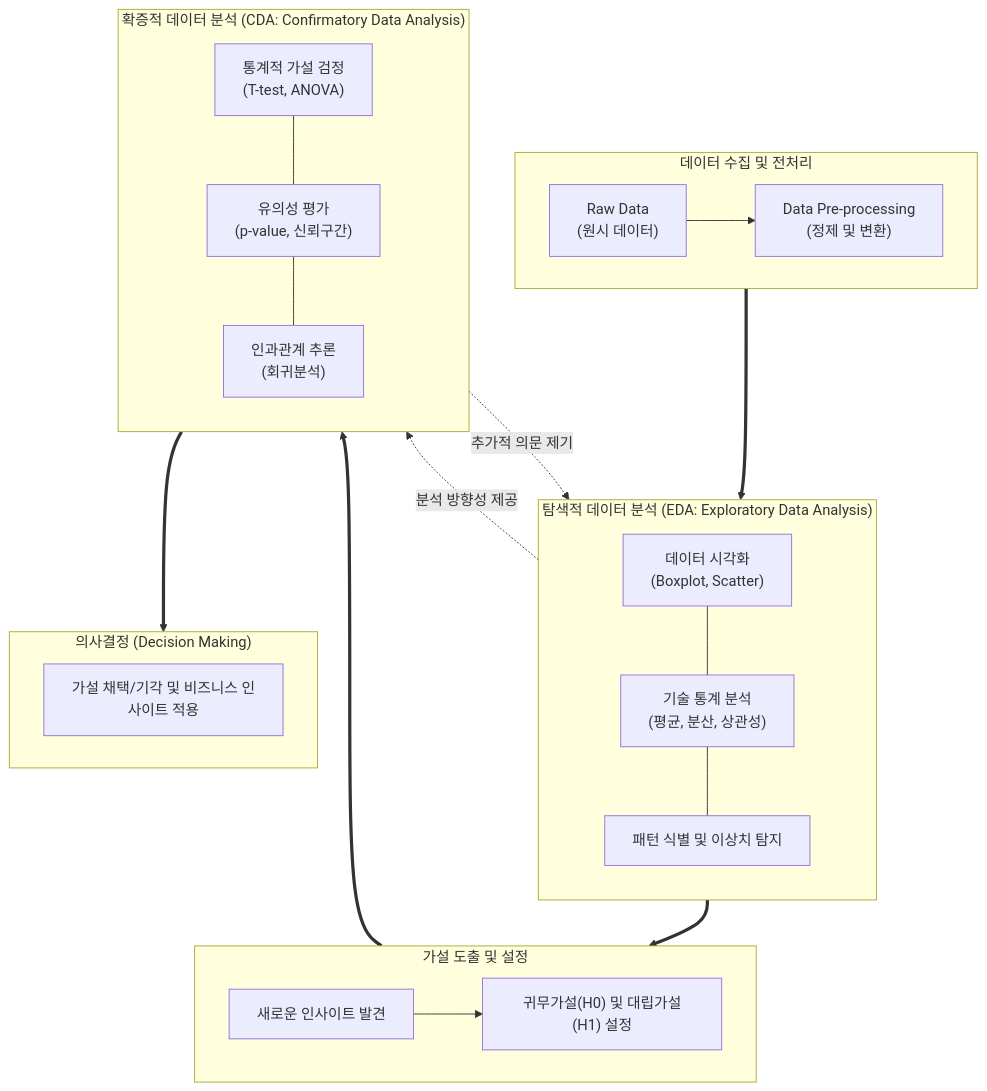
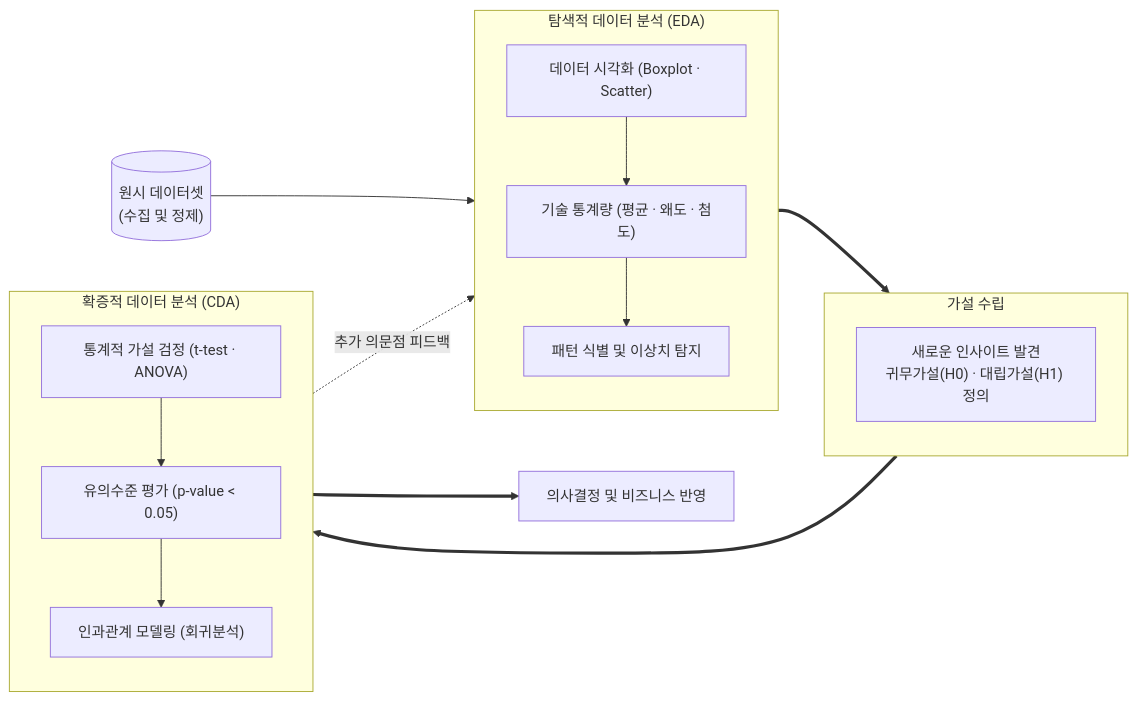
Before and after one commit to supremethumb/supremethumb.github.io: the diagram in content/01_IT Tech/탐색적 데이터 분석과 확증적 데이터 분석.md, drawn with Mermaid. The commit also changed other lines of this file and 362 other files, not shown here.

````diff
--- a/content/01_IT Tech/탐색적 데이터 분석과 확증적 데이터 분석.md
+++ b/content/01_IT Tech/탐색적 데이터 분석과 확증적 데이터 분석.md
@@ -23,42 +37,29 @@
 ```mermaid
-flowchart TB
-    subgraph Raw_Data["데이터 수집 및 전처리"]
-        direction LR
-        Data["Raw Data<br/>(원시 데이터)"] --> Pre["Data Pre-processing<br/>(정제 및 변환)"]
+flowchart LR
+    Raw[("원시 데이터셋<br/>(수집 및 정제)")] --> EDA
+
+    subgraph EDA ["탐색적 데이터 분석 (EDA)"]
+        direction TB
+        E1["데이터 시각화 (Boxplot · Scatter)"]
+        E2["기술 통계량 (평균 · 왜도 · 첨도)"]
+        E3["패턴 식별 및 이상치 탐지"]
+        E1 --> E2 --> E3
     end
 
-    subgraph EDA["탐색적 데이터 분석 (EDA: Exploratory Data Analysis)"]
+    subgraph Hypo ["가설 수립"]
         direction TB
-        E1["데이터 시각화<br/>(Boxplot, Scatter)"]
-        E2["기술 통계 분석<br/>(평균, 분산, 상관성)"]
-        E3["패턴 식별 및 이상치 탐지"]
-        E1 --- E2 --- E3
+        H["새로운 인사이트 발견<br/>귀무가설(H0) · 대립가설(H1) 정의"]
     end
 
-    subgraph Hypothesis["가설 도출 및 설정"]
-        direction LR
-        H1["새로운 인사이트 발견"] --> H2["귀무가설(H0) 및 대립가설(H1) 설정"]
+    subgraph CDA ["확증적 데이터 분석 (CDA)"]
+        direction TB
+        C1["통계적 가설 검정 (t-test · ANOVA)"]
+        C2["유의수준 평가 (p-value < 0.05)"]
+        C3["인과관계 모델링 (회귀분석)"]
+        C1 --> C2 --> C3
     end
 
-    subgraph CDA["확증적 데이터 분석 (CDA: Confirmatory Data Analysis)"]
-        direction TB
-        C1["통계적 가설 검정<br/>(T-test, ANOVA)"]
-        C2["유의성 평가<br/>(p-value, 신뢰구간)"]
-        C3["인과관계 추론<br/>(회귀분석)"]
-        C1 --- C2 --- C3
-    end
-
-    subgraph Decision["의사결정 (Decision Making)"]
-        direction LR
-        Result["가설 채택/기각 및 비즈니스 인사이트 적용"]
-    end
-
-    Raw_Data ==> EDA
-    EDA ==> Hypothesis
-    Hypothesis ==> CDA
-    CDA ==> Decision
-    
-    EDA -. "분석 방향성 제공" .-> CDA
-    CDA -. "추가적 의문 제기" .-> EDA
-
+    EDA ==> Hypo ==> CDA
+    CDA -. "추가 의문점 피드백" .-> EDA
+    CDA ==> Dec["의사결정 및 비즈니스 반영"]
 ```
````
